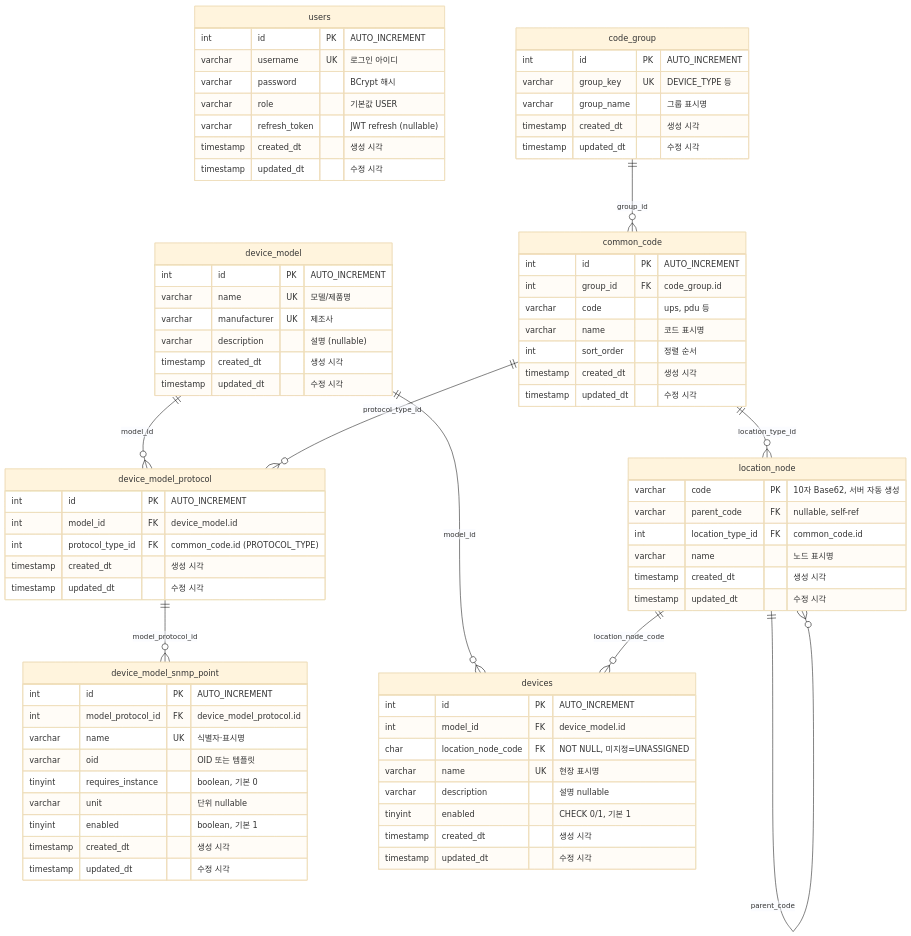
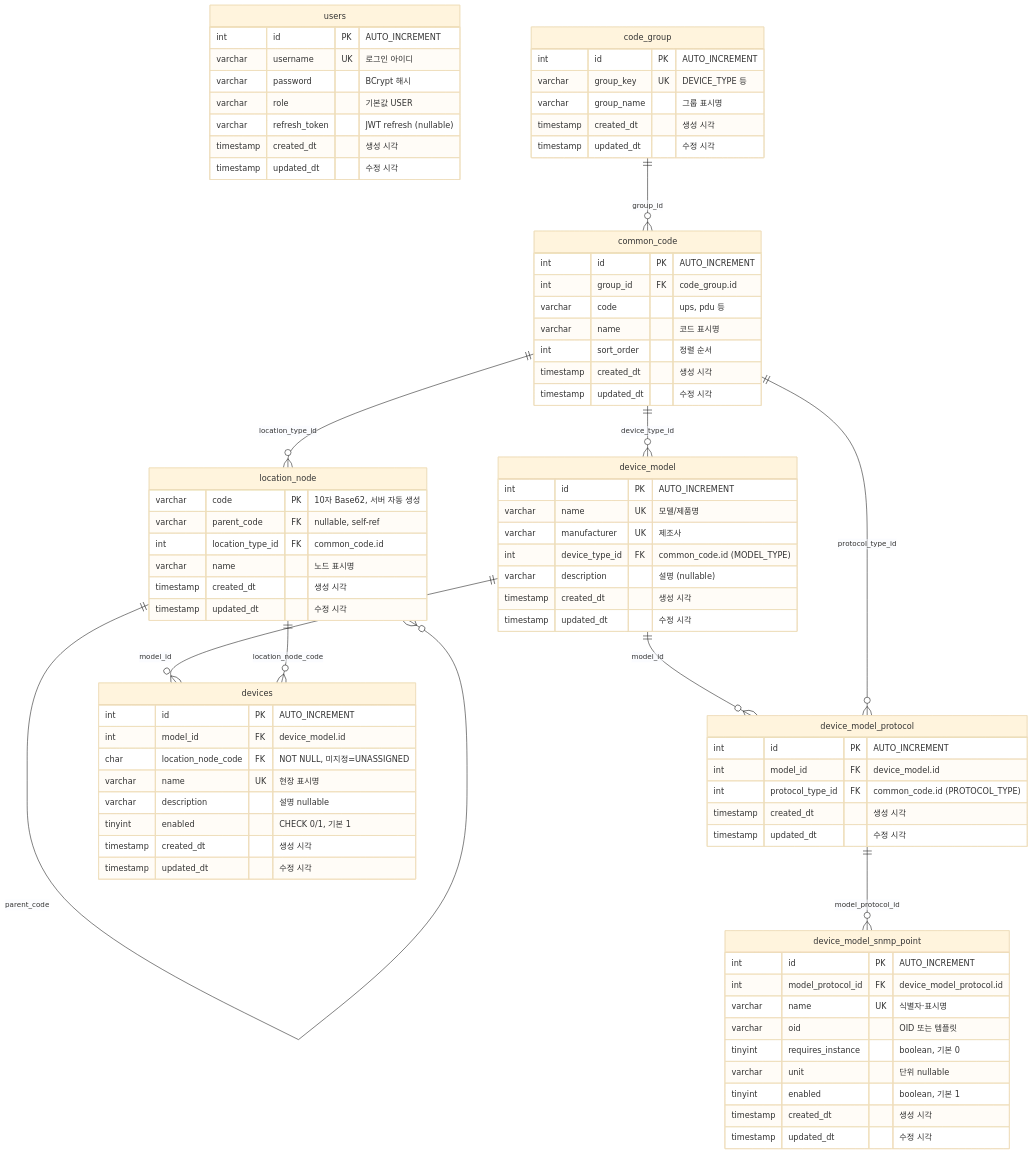
The first of 3 diagrams in docs/ERD.md (SHINBOGEUN/dcim), drawn with Mermaid (base theme) before and after one commit. The commit also changed other lines of this file and 15 other files, not shown here.

Commit message:
feat(devicemodel): DeviceModel에 deviceTypeId(MODEL_TYPE) 추가

```diff
--- a/docs/ERD.md
+++ b/docs/ERD.md
@@ -54,6 +54,7 @@
         int id PK "AUTO_INCREMENT"
         varchar name UK "모델/제품명"
         varchar manufacturer UK "제조사"
+        int device_type_id FK "common_code.id (MODEL_TYPE)"
         varchar description "설명 (nullable)"
         timestamp created_dt "생성 시각"
         timestamp updated_dt "수정 시각"
@@ -93,6 +94,7 @@
     code_group ||--o{ common_code : "group_id"
     common_code ||--o{ location_node : "location_type_id"
     location_node ||--o{ location_node : "parent_code"
+    common_code ||--o{ device_model : "device_type_id"
     device_model ||--o{ device_model_protocol : "model_id"
     common_code ||--o{ device_model_protocol : "protocol_type_id"
     device_model_protocol ||--o{ device_model_snmp_point : "model_protocol_id"
```
